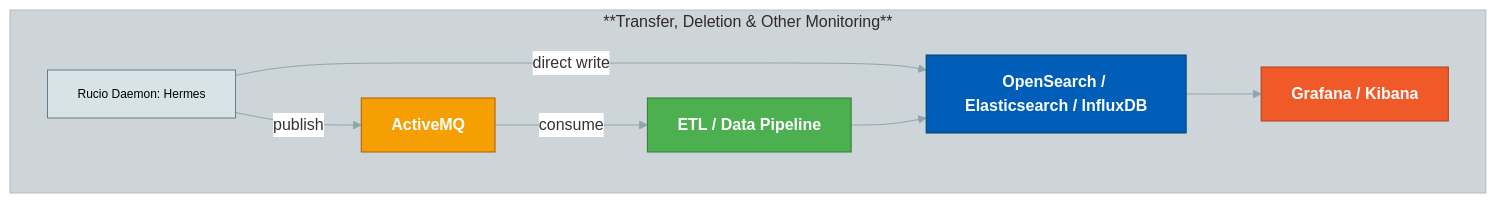
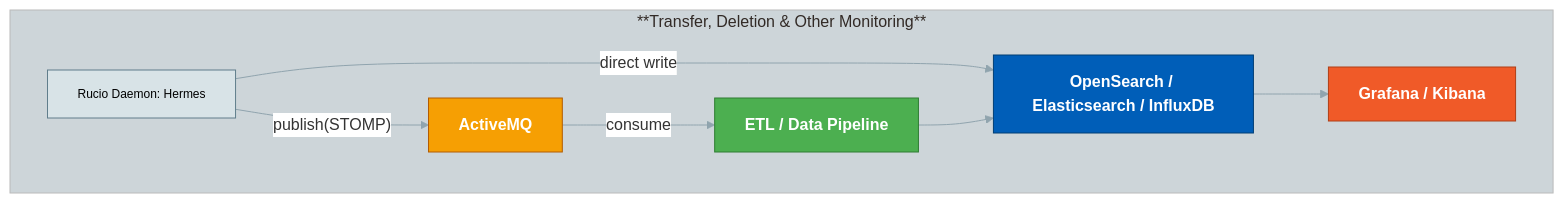
Before and after one commit to rucio/documentation: the second of 5 diagrams in docs/operator/monitoring.md, drawn with Mermaid. The commit also changed other lines of this file, not shown here.

````diff
--- a/docs/operator/monitoring.md
+++ b/docs/operator/monitoring.md
@@ -103,37 +104,37 @@
 ```mermaid
 %%{init: {'theme': 'base', 'themeVariables': {
   'primaryColor': '#d8e3e7',
   'edgeLabelBackground': '#ffffff',
   'tertiaryColor': '#cdd5d9',
   'fontFamily': 'monospace',
   'primaryBorderColor': '#90a4ae',
   'lineColor': '#90a4ae'
 }}}%%
 flowchart TB
   subgraph RucioTransfer["**Transfer,&nbsp;Deletion&nbsp;&amp;&nbsp;Other&nbsp;Monitoring**"]
         A2["Rucio Daemon: Hermes"]
         Q1["ActiveMQ"]
         ETL["ETL / Data Pipeline"]
         OS1["OpenSearch / Elasticsearch / InfluxDB"]
         KB["Grafana / Kibana"]
   end
 
   A2 -- direct write --> OS1
-  A2 -- publish --> Q1
+  A2 -- publish(STOMP) --> Q1
   Q1 -- consume --> ETL
   ETL --> OS1
   OS1 --> KB
 
   classDef mono fill:#d8e3e7,stroke:#607d8b,color:#000,font-size:12px;
   classDef grafana fill:#F05A28,stroke:#b03e16,color:#fff,font-weight:bold;
-  classDef opensearch fill:#005EB8,stroke:#003E75,color:#fff,font-weight:bold;
+  classDef OpenSearch fill:#005EB8,stroke:#003E75,color:#fff,font-weight:bold;
   classDef mq fill:#f69f03,stroke:#b35c00,color:#fff,font-weight:bold;
   classDef etl fill:#4CAF50,stroke:#2E7D32,color:#fff,font-weight:bold;
 
 
   class A2,A3 mono;
   class Q1 mq;
-  class OS1 opensearch;
+  class OS1 OpenSearch;
   class KB grafana;
   class ETL etl;
 ```
````
